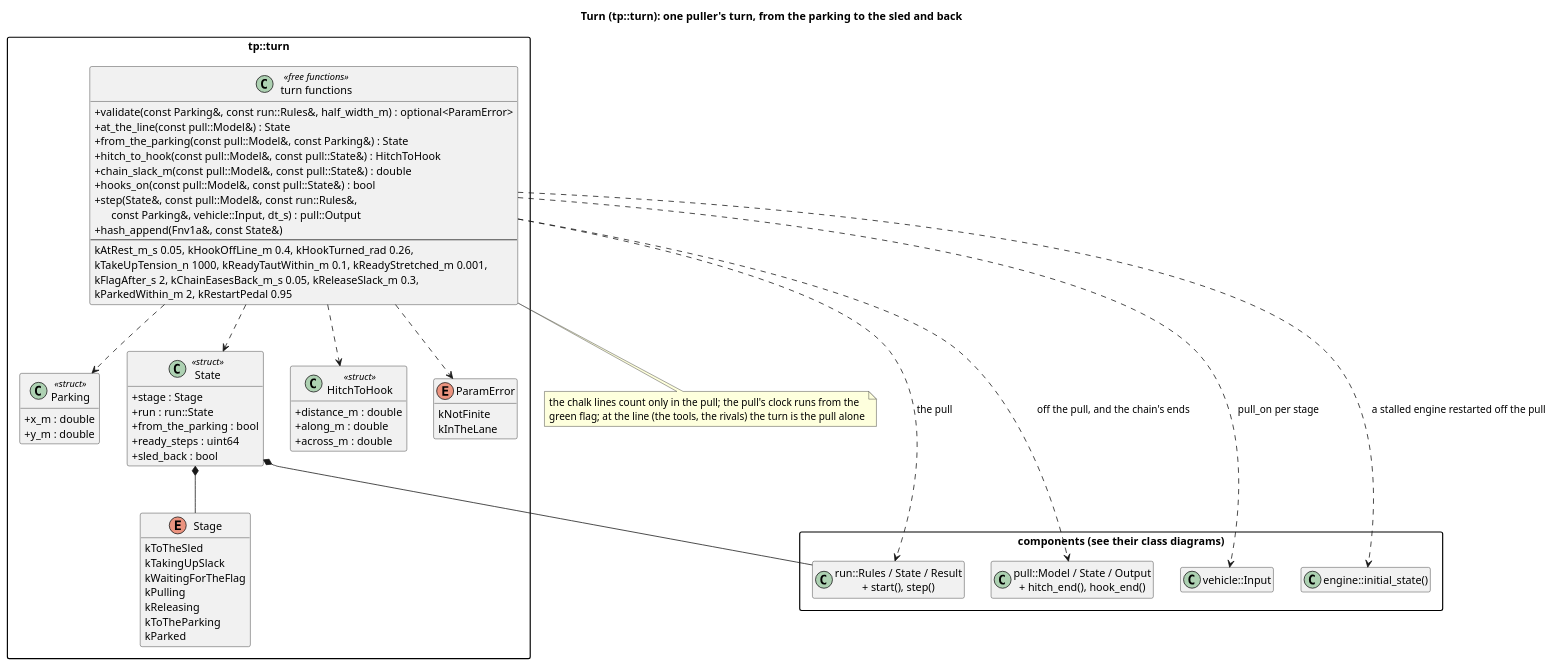
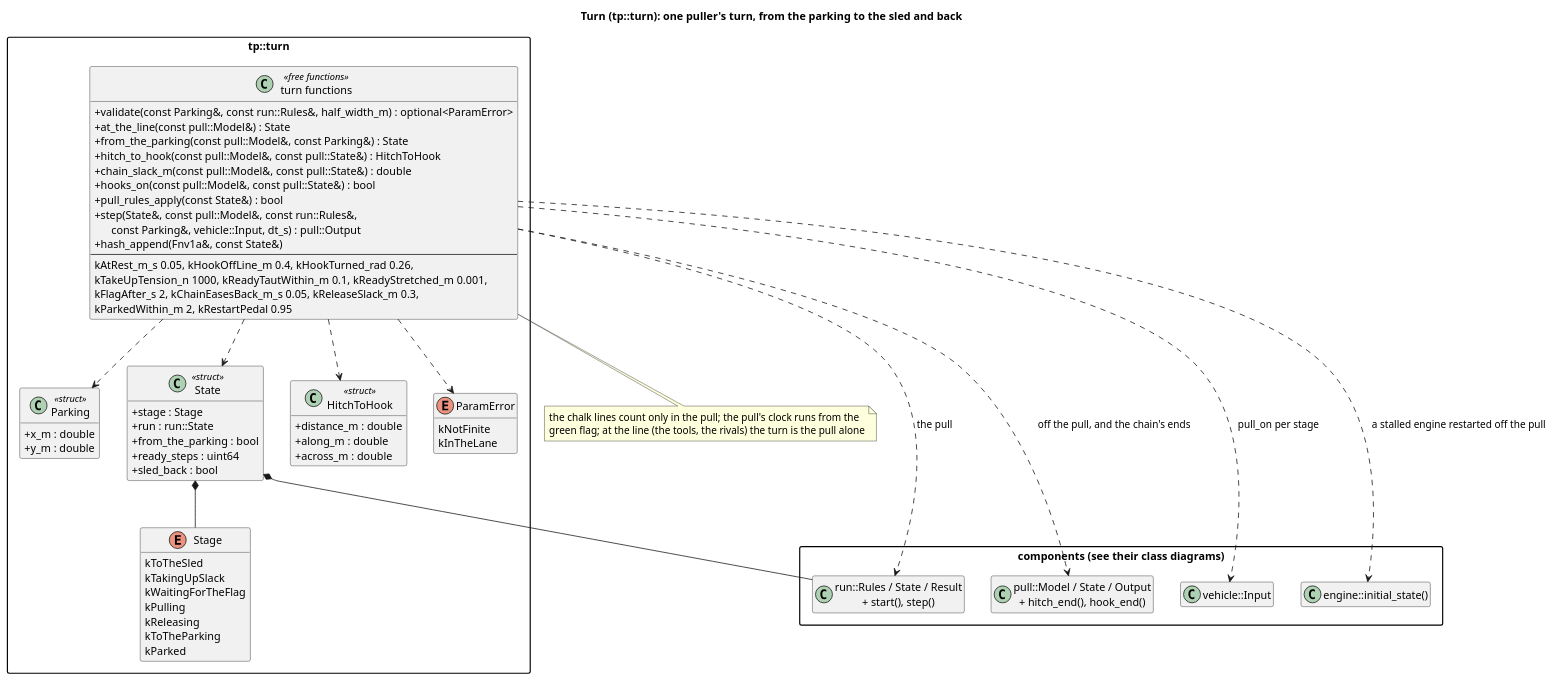
One commit to wversteeg/TractorPulling changed the diagram in docs/diagrams/turn_classes.puml. Above: the diagram before and after it, drawn with PlantUML. The commit also changed 13 other files, not shown here.

First line of the commit message:
The pull's rules hold until the sled stops, not only to the line

```diff
--- a/docs/diagrams/turn_classes.puml
+++ b/docs/diagrams/turn_classes.puml
@@ -1,74 +1,75 @@
 @startuml turn_classes
 title Turn (tp::turn): one puller's turn, from the parking to the sled and back
 hide empty members
 skinparam packageStyle rectangle
 skinparam classAttributeIconSize 0
 
 package "components (see their class diagrams)" {
   class "run::Rules / State / Result\n+ start(), step()" as Run
   class "pull::Model / State / Output\n+ hitch_end(), hook_end()" as Pull
   class "vehicle::Input" as Input
   class "engine::initial_state()" as Engine
 }
 
 package "tp::turn" {
   enum Stage {
     kToTheSled
     kTakingUpSlack
     kWaitingForTheFlag
     kPulling
     kReleasing
     kToTheParking
     kParked
   }
   class Parking <<struct>> {
     +x_m : double
     +y_m : double
   }
   class State <<struct>> {
     +stage : Stage
     +run : run::State
     +from_the_parking : bool
     +ready_steps : uint64
     +sled_back : bool
   }
   class HitchToHook <<struct>> {
     +distance_m : double
     +along_m : double
     +across_m : double
   }
   enum ParamError {
     kNotFinite
     kInTheLane
   }
   class "turn functions" as TurnFns <<free functions>> {
     +validate(const Parking&, const run::Rules&, half_width_m) : optional<ParamError>
     +at_the_line(const pull::Model&) : State
     +from_the_parking(const pull::Model&, const Parking&) : State
     +hitch_to_hook(const pull::Model&, const pull::State&) : HitchToHook
     +chain_slack_m(const pull::Model&, const pull::State&) : double
     +hooks_on(const pull::Model&, const pull::State&) : bool
+    +pull_rules_apply(const State&) : bool
     +step(State&, const pull::Model&, const run::Rules&,\n      const Parking&, vehicle::Input, dt_s) : pull::Output
     +hash_append(Fnv1a&, const State&)
     --
     kAtRest_m_s 0.05, kHookOffLine_m 0.4, kHookTurned_rad 0.26,
     kTakeUpTension_n 1000, kReadyTautWithin_m 0.1, kReadyStretched_m 0.001,
     kFlagAfter_s 2, kChainEasesBack_m_s 0.05, kReleaseSlack_m 0.3,
     kParkedWithin_m 2, kRestartPedal 0.95
   }
   State *-- Stage
   TurnFns ..> State
   TurnFns ..> Parking
   TurnFns ..> HitchToHook
   TurnFns ..> ParamError
 }
 State *-- Run
 TurnFns ..> Run : the pull
 TurnFns ..> Pull : off the pull, and the chain's ends
 TurnFns ..> Input : pull_on per stage
 TurnFns ..> Engine : a stalled engine restarted off the pull
 note bottom of TurnFns
   the chalk lines count only in the pull; the pull's clock runs from the
   green flag; at the line (the tools, the rivals) the turn is the pull alone
 end note
 @enduml
```
